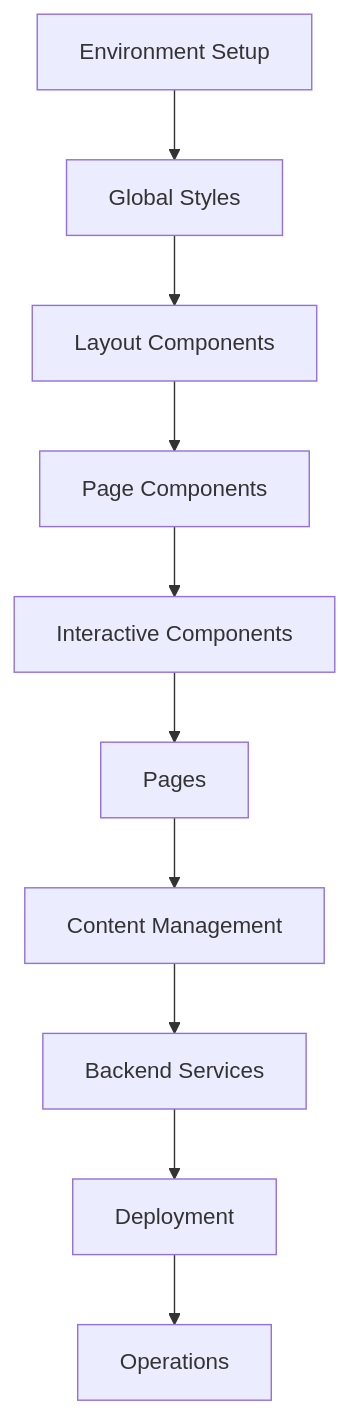
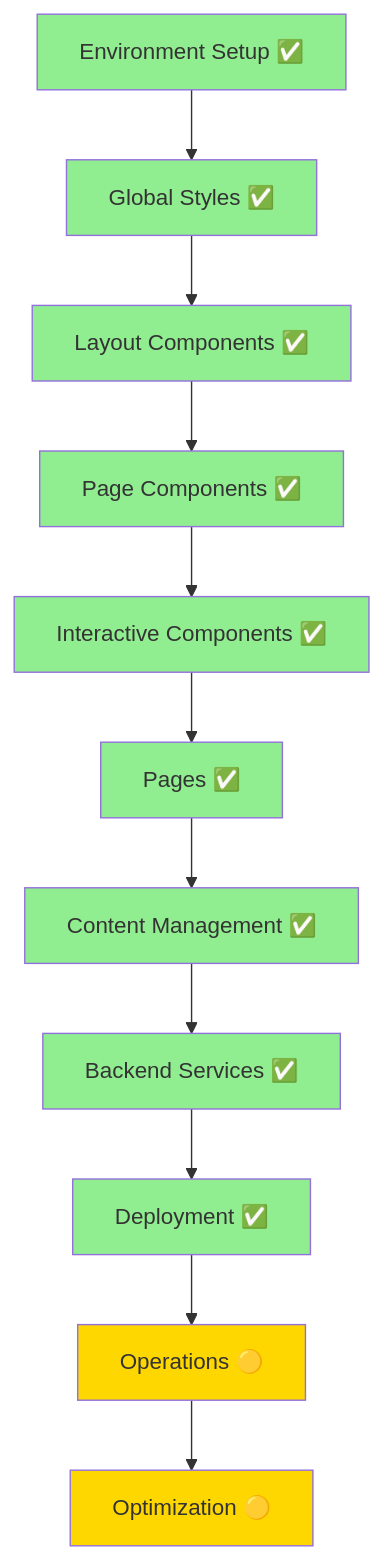
The diagram in IMPLEMENTATION-ROADMAP.md (verlyn13/liteckyeditingservices), drawn with Mermaid before and after one commit. The commit also changed other lines of this file, not shown here.

First line of the commit message:
docs: update IMPLEMENTATION-ROADMAP to reflect production status

````diff
--- a/IMPLEMENTATION-ROADMAP.md
+++ b/IMPLEMENTATION-ROADMAP.md
@@ -245,12 +278,25 @@
 ```mermaid
 graph TD
-    A[Environment Setup] --> B[Global Styles]
-    B --> C[Layout Components]
-    C --> D[Page Components]
-    D --> E[Interactive Components]
-    E --> F[Pages]
-    F --> G[Content Management]
-    G --> H[Backend Services]
-    H --> I[Deployment]
-    I --> J[Operations]
+    A[Environment Setup ✅] --> B[Global Styles ✅]
+    B --> C[Layout Components ✅]
+    C --> D[Page Components ✅]
+    D --> E[Interactive Components ✅]
+    E --> F[Pages ✅]
+    F --> G[Content Management ✅]
+    G --> H[Backend Services ✅]
+    H --> I[Deployment ✅]
+    I --> J[Operations 🟡]
+    J --> K[Optimization 🟡]
+    
+    style A fill:#90EE90
+    style B fill:#90EE90
+    style C fill:#90EE90
+    style D fill:#90EE90
+    style E fill:#90EE90
+    style F fill:#90EE90
+    style G fill:#90EE90
+    style H fill:#90EE90
+    style I fill:#90EE90
+    style J fill:#FFD700
+    style K fill:#FFD700
 ```
````
